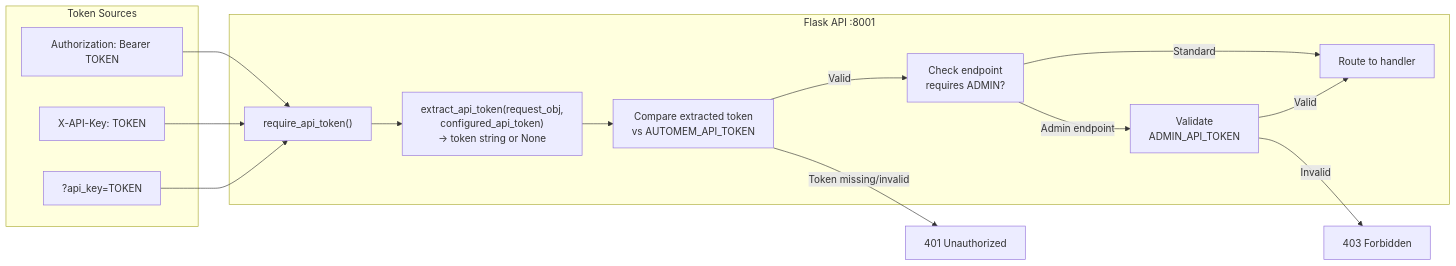
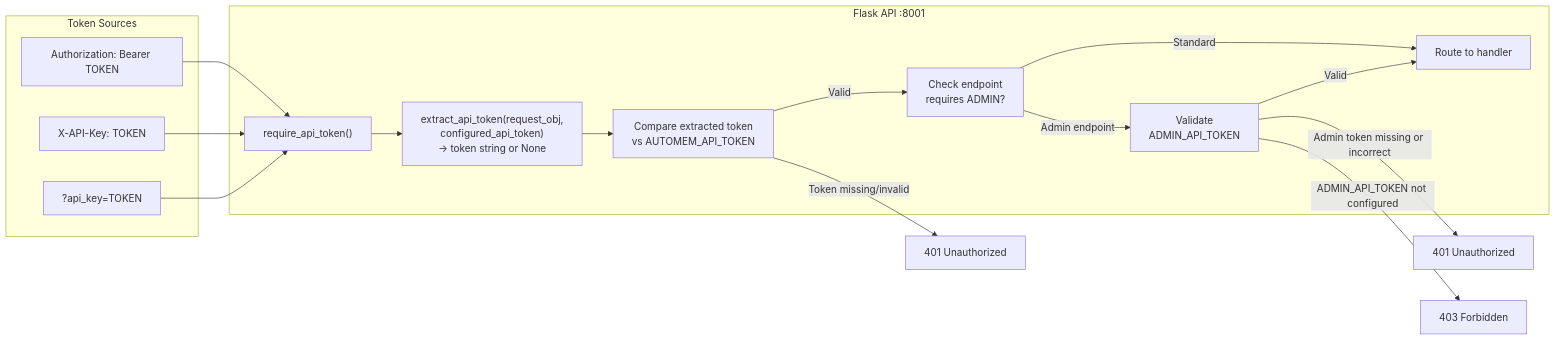
One commit to verygoodplugins/automem-website changed the second of 3 diagrams in src/content/docs/docs/reference/authentication.md. Above: the diagram before and after it, drawn with Mermaid. The commit also changed other lines of this file and 1 other file, not shown here.

````diff
--- a/src/content/docs/docs/reference/authentication.md
+++ b/src/content/docs/docs/reference/authentication.md
@@ -101,31 +101,32 @@
 ```mermaid
 graph LR
     subgraph "Token Sources"
         BearerHeader["Authorization: Bearer TOKEN"]
         APIKeyHeader["X-API-Key: TOKEN"]
         QueryParam["?api_key=TOKEN"]
     end
 
     subgraph "Flask API :8001"
         RequireAPIToken["require_api_token()"]
         ExtractToken["extract_api_token(request_obj,<br/>configured_api_token)<br/>→ token string or None"]
         ValidateToken["Compare extracted token<br/>vs AUTOMEM_API_TOKEN"]
         CheckLevel["Check endpoint<br/>requires ADMIN?"]
         ValidateAdmin["Validate<br/>ADMIN_API_TOKEN"]
         ProcessRequest["Route to handler"]
     end
 
     BearerHeader --> RequireAPIToken
     APIKeyHeader --> RequireAPIToken
     QueryParam --> RequireAPIToken
 
     RequireAPIToken --> ExtractToken
     ExtractToken --> ValidateToken
     ValidateToken -->|Valid| CheckLevel
     ValidateToken -->|Token missing/invalid| Reject401["401 Unauthorized"]
 
     CheckLevel -->|Standard| ProcessRequest
     CheckLevel -->|Admin endpoint| ValidateAdmin
     ValidateAdmin -->|Valid| ProcessRequest
-    ValidateAdmin -->|Invalid| Reject403["403 Forbidden"]
+    ValidateAdmin -->|"Admin token missing or incorrect"| Reject401Admin["401 Unauthorized"]
+    ValidateAdmin -->|"ADMIN_API_TOKEN not configured"| Reject403["403 Forbidden"]
 ```
````
